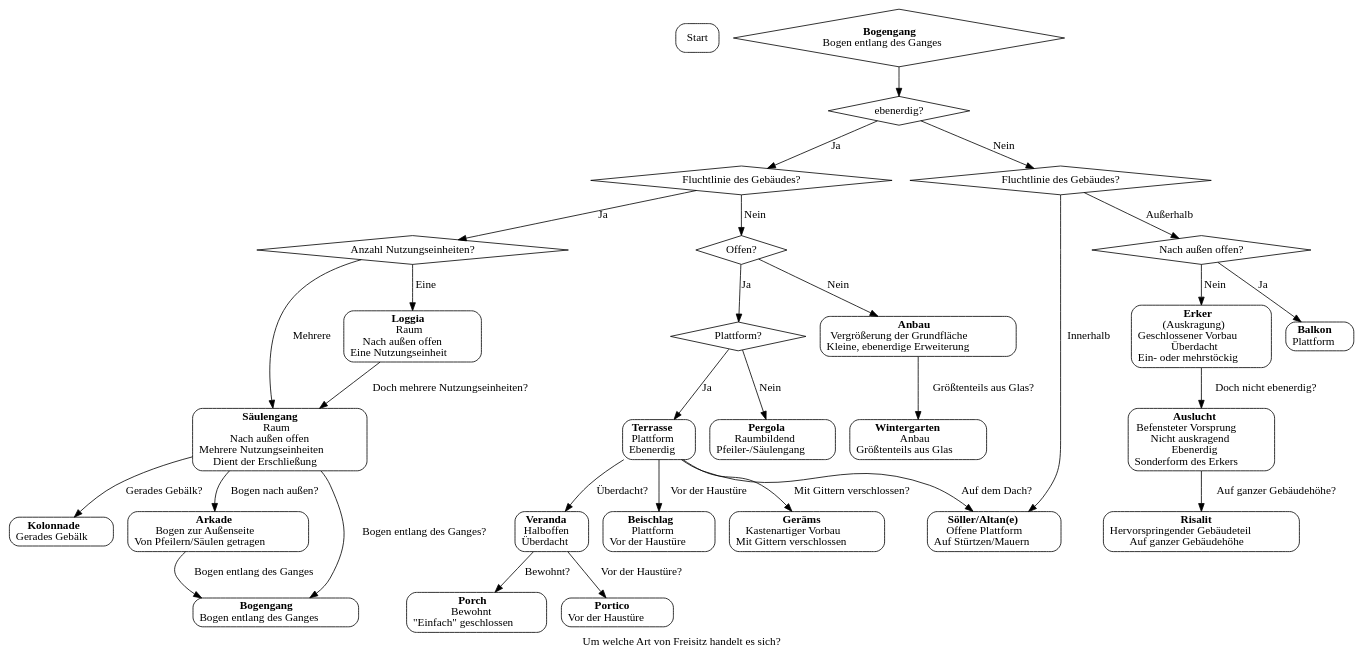
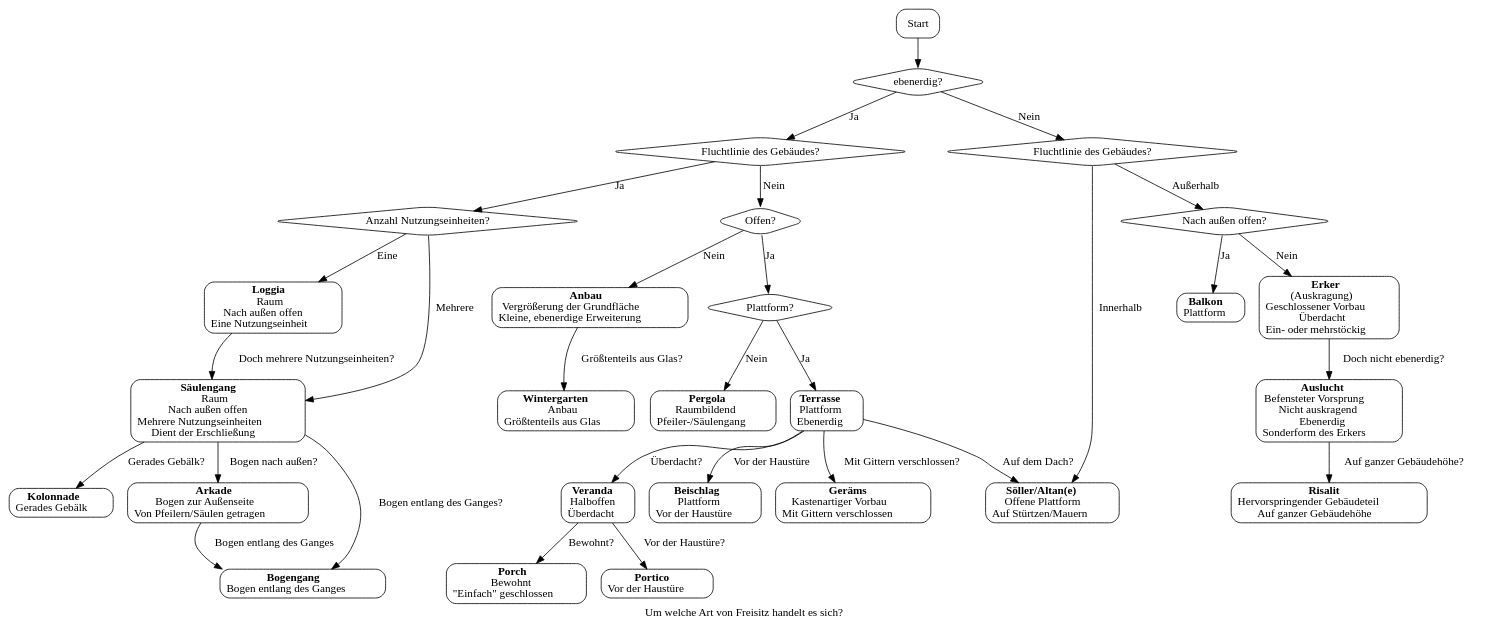
The diagram in freisitz.dot (nicholasdille/freisitz), drawn with Graphviz before and after one commit. The commit also changed 1 other file, not shown here.

Commit message:
Fixed typo resulting in broken start

```diff
--- a/freisitz.dot
+++ b/freisitz.dot
@@ -1,73 +1,73 @@
 #!dot
 digraph {
     label="Um welche Art von Freisitz handelt es sich?";
 
     # Knoten
     node[shape="box", style="rounded"] Start;
+    node[shape="diamond"] if_ebenerdig;
+    node[shape="diamond"] if_ebenerdig_fluchtlinie;
+    node[shape="diamond"] if_ebenerdig_innerhalb_fluchtlinie_nutzungseinheiten;
+    node[shape="diamond"] if_ebenerdig_außerhalbhalb_fluchtlinie_offen;
+    node[shape="diamond"] if_ebenerdig_außerhalbhalb_fluchtlinie_teilweise_offen_plattform;
+    node[shape="diamond"] if_nicht_ebenerdig_fluchtlinie;
+    node[shape="diamond"] if_nicht_ebenerdig_außerhalb_fluchtlinie_offen;
     node[shape="box", style="rounded", label=<<B>Söller/Altan(e)</B><br/>Offene Plattform<br/>Auf Stürtzen/Mauern> URL="https://de.wikipedia.org/wiki/S%C3%B6ller"] Söller;
     node[shape="box", style="rounded", label=<<B>Balkon</B><br/>Plattform> URL="https://de.wikipedia.org/wiki/Balkon"] Balkon;
     node[shape="box", style="rounded", label=<<B>Erker</B><br/>(Auskragung)<br/>Geschlossener Vorbau<br/>Überdacht<br/>Ein- oder mehrstöckig> URL="https://de.wikipedia.org/wiki/Erker"] Erker;
     node[shape="box", style="rounded", label=<<B>Auslucht</B><br/>Befensteter Vorsprung<br/>Nicht auskragend<br/>Ebenerdig<br/>Sonderform des Erkers> URL="https://de.wikipedia.org/wiki/Auslucht"] Auslucht;
     node[shape="box", style="rounded", label=<<B>Risalit</B><br/>Hervorspringender Gebäudeteil<br/>Auf ganzer Gebäudehöhe> URL="https://de.wikipedia.org/wiki/Risalit"] Risalit;
     node[shape="box", style="rounded", label=<<B>Terrasse</B><br/>Plattform<br/>Ebenerdig> URL="https://de.wikipedia.org/wiki/Terrasse_(Architektur)"] Terrasse;
     node[shape="box", style="rounded", label=<<B>Anbau</B><br/>Vergrößerung der Grundfläche<br/>Kleine, ebenerdige Erweiterung> URL="https://de.wikipedia.org/wiki/Anbau_(Geb%C3%A4ude)"] Anbau;
     node[shape="box", style="rounded", label=<<B>Pergola</B><br/>Raumbildend<br/>Pfeiler-/Säulengang> URL="https://de.wikipedia.org/wiki/Pergola"] Pergola;
     node[shape="box", style="rounded", label=<<B>Veranda</B><br/>Halboffen<br/>Überdacht> URL="https://de.wikipedia.org/wiki/Veranda"] Veranda;
     node[shape="box", style="rounded", label=<<B>Porch</B><br/>Bewohnt<br/>"Einfach" geschlossen>] Porch;
     node[shape="box", style="rounded", label=<<B>Portico</B><br/>Vor der Haustüre>] Portico;
     node[shape="box", style="rounded", label=<<B>Beischlag</B><br/>Plattform<br/>Vor der Haustüre> URL="https://de.wikipedia.org/wiki/Beischlag"] Beischlag;
     node[shape="box", style="rounded", label=<<B>Wintergarten</B><br/>Anbau<br/>Größtenteils aus Glas> URL="https://de.wikipedia.org/wiki/Wintergarten"] Wintergarten;
     node[shape="box", style="rounded", label=<<B>Geräms</B><br/>Kastenartiger Vorbau<br/>Mit Gittern verschlossen> URL="https://de.wikipedia.org/wiki/Ger%C3%A4ms"] Geräms;
     node[shape="box", style="rounded", label=<<B>Loggia</B><br/>Raum<br/>Nach außen offen<br/>Eine Nutzungseinheit> URL="https://de.wikipedia.org/wiki/Loggia"] Loggia;
     node[shape="box", style="rounded", label=<<B>Säulengang</B><br/>Raum<br/>Nach außen offen<br/>Mehrere Nutzungseinheiten<br/>Dient der Erschließung>] Säulengang;
     node[shape="box", style="rounded", label=<<B>Kolonnade</B><br/>Gerades Gebälk> URL="https://de.wikipedia.org/wiki/Kolonnade"] Kolonnade;
     node[shape="box", style="rounded", label=<<B>Arkade</B><br/>Bogen zur Außenseite<br/>Von Pfeilern/Säulen getragen> URL="https://de.wikipedia.org/wiki/Arkade"] Arkade;
     node[shape="box", style="rounded", label=<<B>Bogengang</B><br/>Bogen entlang des Ganges> URL="https://de.wikipedia.org/wiki/Bogengang_(Architektur)"] Bogengang;
-    node[shape="diamond", style=""] if_ebenerdig;
-    node[shape="diamond", style=""] if_ebenerdig_fluchtlinie;
-    node[shape="diamond", style=""] if_ebenerdig_innerhalb_fluchtlinie_nutzungseinheiten;
-    node[shape="diamond", style=""] if_ebenerdig_außerhalbhalb_fluchtlinie_offen;
-    node[shape="diamond", style=""] if_ebenerdig_außerhalbhalb_fluchtlinie_teilweise_offen_plattform;
-    node[shape="diamond", style=""] if_nicht_ebenerdig_fluchtlinie;
-    node[shape="diamond", style=""] if_nicht_ebenerdig_außerhalb_fluchtlinie_offen;
 
     # Kanten
-    start -> if_ebenerdig;
+    Start -> if_ebenerdig;
     if_ebenerdig -> if_ebenerdig_fluchtlinie [label="Ja"];
     if_ebenerdig -> if_nicht_ebenerdig_fluchtlinie [label="Nein"];
     if_ebenerdig_fluchtlinie -> if_ebenerdig_innerhalb_fluchtlinie_nutzungseinheiten [label="Ja"];
     if_ebenerdig_fluchtlinie -> if_ebenerdig_außerhalbhalb_fluchtlinie_offen [label="Nein"];
     if_ebenerdig_außerhalbhalb_fluchtlinie_offen -> Anbau [label="Nein"];
     if_ebenerdig_außerhalbhalb_fluchtlinie_offen -> if_ebenerdig_außerhalbhalb_fluchtlinie_teilweise_offen_plattform [label="Ja"];
     if_ebenerdig_außerhalbhalb_fluchtlinie_teilweise_offen_plattform -> Pergola [label="Nein"]
     if_ebenerdig_außerhalbhalb_fluchtlinie_teilweise_offen_plattform -> Terrasse [label="Ja"]
     if_ebenerdig_innerhalb_fluchtlinie_nutzungseinheiten -> Loggia [label="Eine"];
     if_ebenerdig_innerhalb_fluchtlinie_nutzungseinheiten -> Säulengang [label="Mehrere"];
     if_nicht_ebenerdig_fluchtlinie -> Söller [label="Innerhalb"];
     if_nicht_ebenerdig_fluchtlinie -> if_nicht_ebenerdig_außerhalb_fluchtlinie_offen [label="Außerhalb"];
     if_nicht_ebenerdig_außerhalb_fluchtlinie_offen -> Balkon [label="Ja"];
     if_nicht_ebenerdig_außerhalb_fluchtlinie_offen -> Erker [label="Nein"];
     Erker -> Auslucht [label="Doch nicht ebenerdig?"];
     Terrasse -> Söller [label="Auf dem Dach?"];
     Terrasse -> Veranda [label="Überdacht?"];
     Veranda -> Porch [label="Bewohnt?"];
     Veranda -> Portico [label="Vor der Haustüre?"];
     Terrasse -> Beischlag [label="Vor der Haustüre"];
     Terrasse -> Geräms [label="Mit Gittern verschlossen?"];
     Anbau -> Wintergarten [label="Größtenteils aus Glas?"];
     Auslucht -> Risalit [label="Auf ganzer Gebäudehöhe?"];
     Säulengang -> Kolonnade [label="Gerades Gebälk?"];
     Säulengang -> Arkade [label="Bogen nach außen?"];
     Säulengang -> Bogengang[label="Bogen entlang des Ganges?"];
     Arkade -> Bogengang [label="Bogen entlang des Ganges"];
     Loggia -> Säulengang [label="Doch mehrere Nutzungseinheiten?"];
 
     # Texte
     if_ebenerdig [label="ebenerdig?"];
     if_ebenerdig_fluchtlinie [label="Fluchtlinie des Gebäudes?"];
     if_ebenerdig_innerhalb_fluchtlinie_nutzungseinheiten [label="Anzahl Nutzungseinheiten?"];
-    if_ebenerdig_außerhalbhalb_fluchtlinie_offen [label="Offen?"]
+    if_ebenerdig_außerhalbhalb_fluchtlinie_offen [label="Offen?"];
     if_ebenerdig_außerhalbhalb_fluchtlinie_teilweise_offen_plattform [label="Plattform?"]
     if_nicht_ebenerdig_fluchtlinie [label="Fluchtlinie des Gebäudes?"];
     if_nicht_ebenerdig_außerhalb_fluchtlinie_offen [label="Nach außen offen?"];
 }
```
